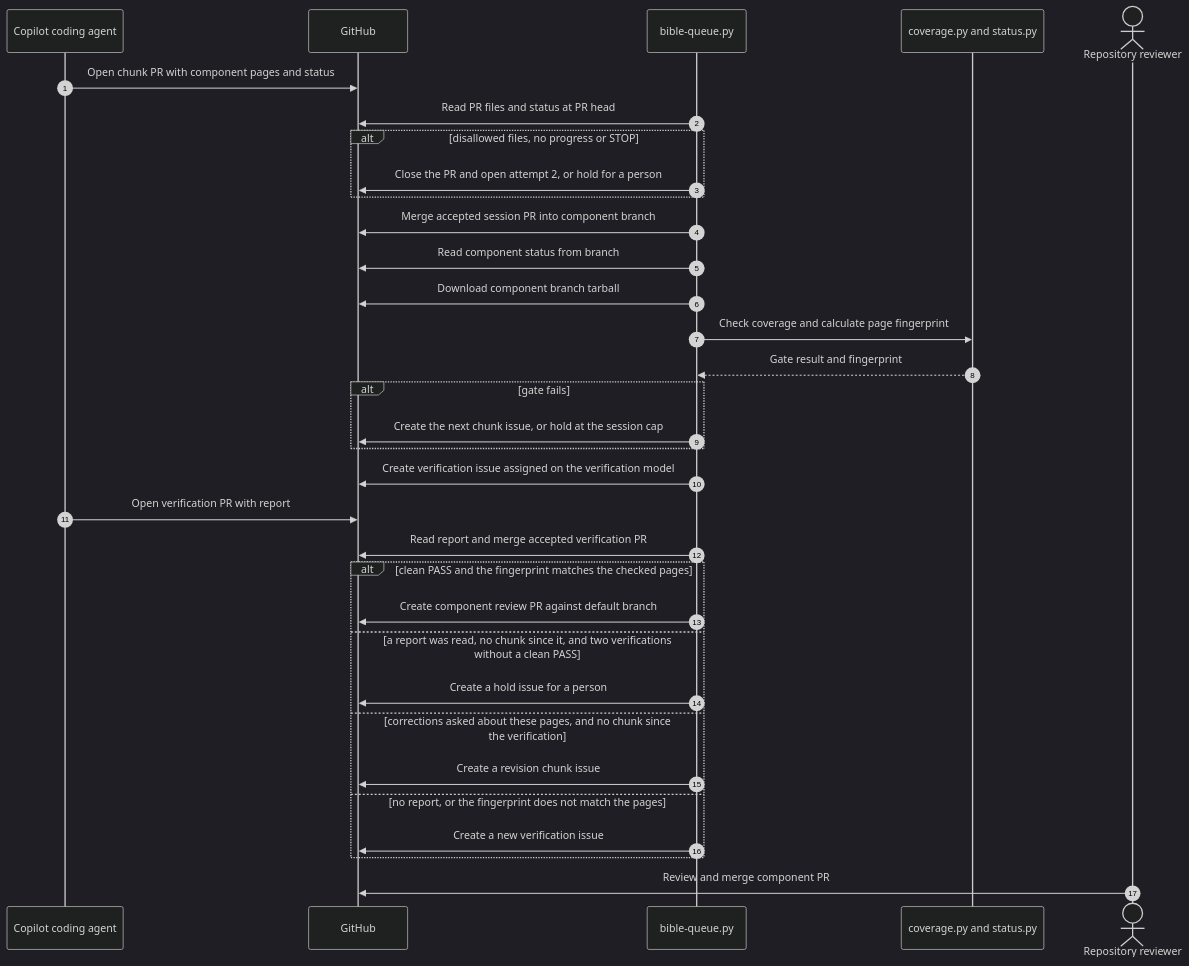
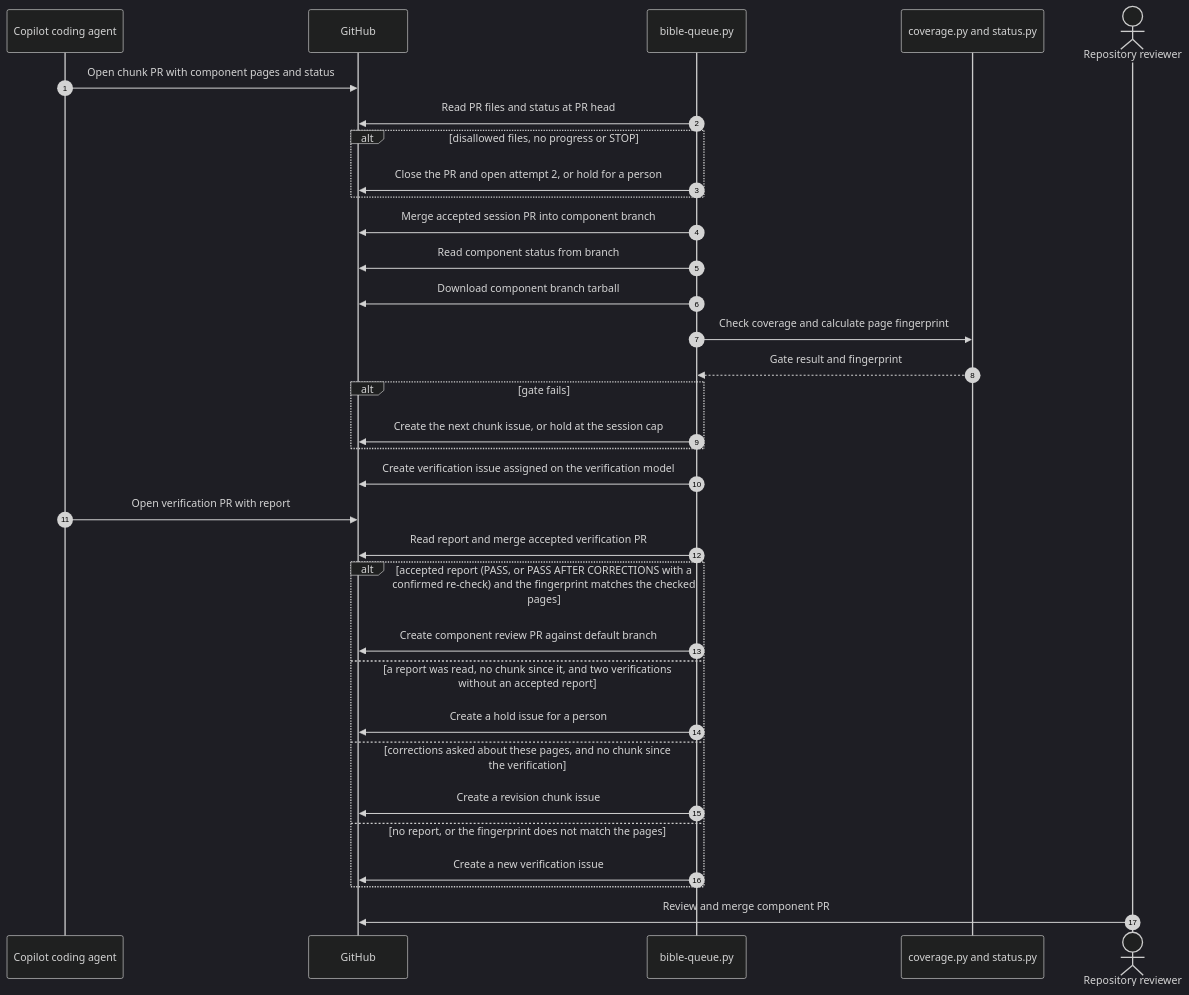
The third of 10 diagrams in codebase-analysis/hld/05-key-flows.md (vishalc412/bible-mode-b-test), drawn with Mermaid (dark theme) before and after one commit. The commit also changed other lines of this file and 39 other files, not shown here.

````diff
--- a/codebase-analysis/hld/05-key-flows.md
+++ b/codebase-analysis/hld/05-key-flows.md
@@ -125,35 +125,35 @@
 ```mermaid
 sequenceDiagram
   autonumber
   participant Agent as Copilot coding agent
   participant API as GitHub
   participant Queue as bible-queue.py
   participant Gate as coverage.py and status.py
   actor Reviewer as Repository reviewer
   Agent->>API: Open chunk PR with component pages and status
   Queue->>API: Read PR files and status at PR head
   alt disallowed files, no progress or STOP
     Queue->>API: Close the PR and open attempt 2, or hold for a person
   end
   Queue->>API: Merge accepted session PR into component branch
   Queue->>API: Read component status from branch
   Queue->>API: Download component branch tarball
   Queue->>Gate: Check coverage and calculate page fingerprint
   Gate-->>Queue: Gate result and fingerprint
   alt gate fails
     Queue->>API: Create the next chunk issue, or hold at the session cap
   end
   Queue->>API: Create verification issue assigned on the verification model
   Agent->>API: Open verification PR with report
   Queue->>API: Read report and merge accepted verification PR
-  alt clean PASS and the fingerprint matches the checked pages
+  alt accepted report (PASS, or PASS AFTER CORRECTIONS with a confirmed re-check) and the fingerprint matches the checked pages
     Queue->>API: Create component review PR against default branch
-  else a report was read, no chunk since it, and two verifications without a clean PASS
+  else a report was read, no chunk since it, and two verifications without an accepted report
     Queue->>API: Create a hold issue for a person
   else corrections asked about these pages, and no chunk since the verification
     Queue->>API: Create a revision chunk issue
   else no report, or the fingerprint does not match the pages
     Queue->>API: Create a new verification issue
   end
   Reviewer->>API: Review and merge component PR
 ```
````
